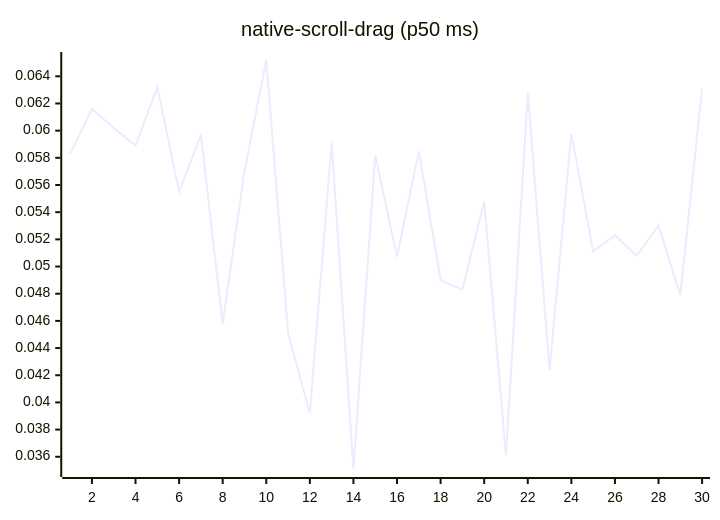
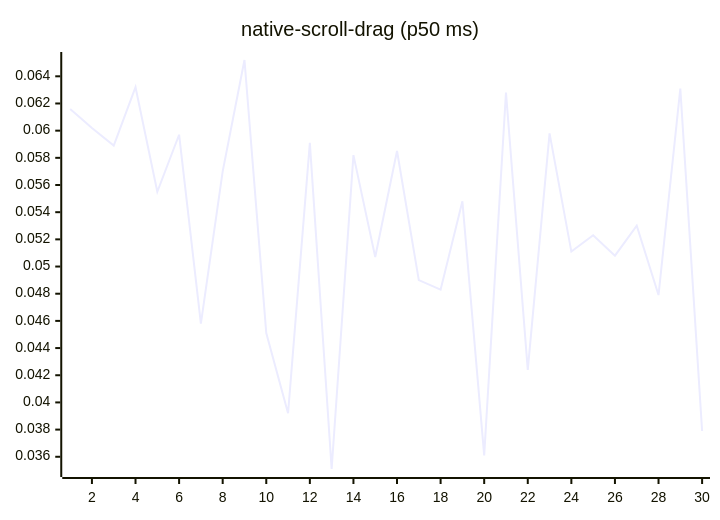
One commit to josha/Facet changed diagram 14 of 27 in README.md. Above: the diagram before and after it, drawn with Mermaid. The commit also changed other lines of this file and 2 other files, not shown here.

````diff
--- a/README.md
+++ b/README.md
@@ -154,6 +154,6 @@
 ```mermaid
 xychart-beta
     title "native-scroll-drag (p50 ms)"
     x-axis 1 --> 30
-    line [0.0583, 0.0616, 0.0602, 0.0589, 0.0632, 0.0555, 0.0597, 0.0458, 0.0570, 0.0652, 0.0451, 0.0392, 0.0591, 0.0351, 0.0582, 0.0507, 0.0585, 0.0490, 0.0483, 0.0548, 0.0361, 0.0628, 0.0424, 0.0598, 0.0511, 0.0523, 0.0508, 0.0530, 0.0479, 0.0631]
+    line [0.0616, 0.0602, 0.0589, 0.0632, 0.0555, 0.0597, 0.0458, 0.0570, 0.0652, 0.0451, 0.0392, 0.0591, 0.0351, 0.0582, 0.0507, 0.0585, 0.0490, 0.0483, 0.0548, 0.0361, 0.0628, 0.0424, 0.0598, 0.0511, 0.0523, 0.0508, 0.0530, 0.0479, 0.0631, 0.0379]
 ```
````
